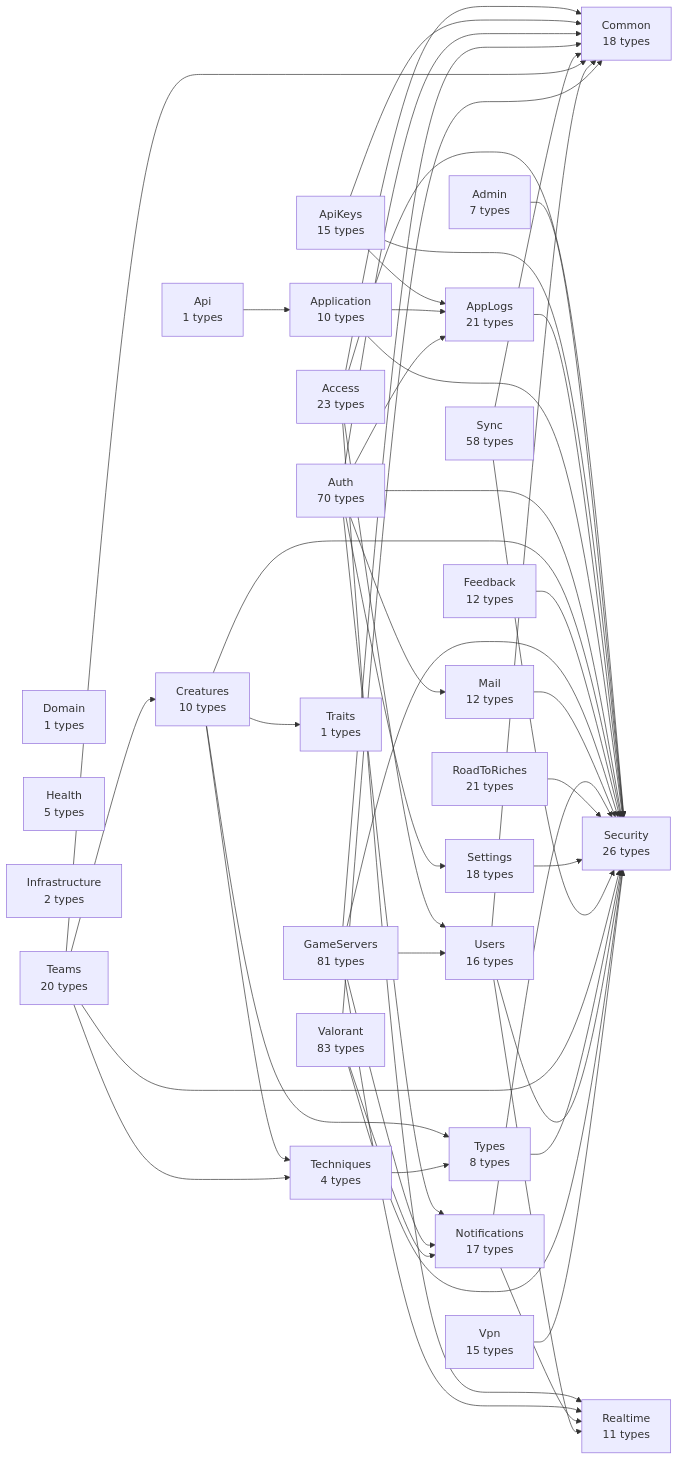
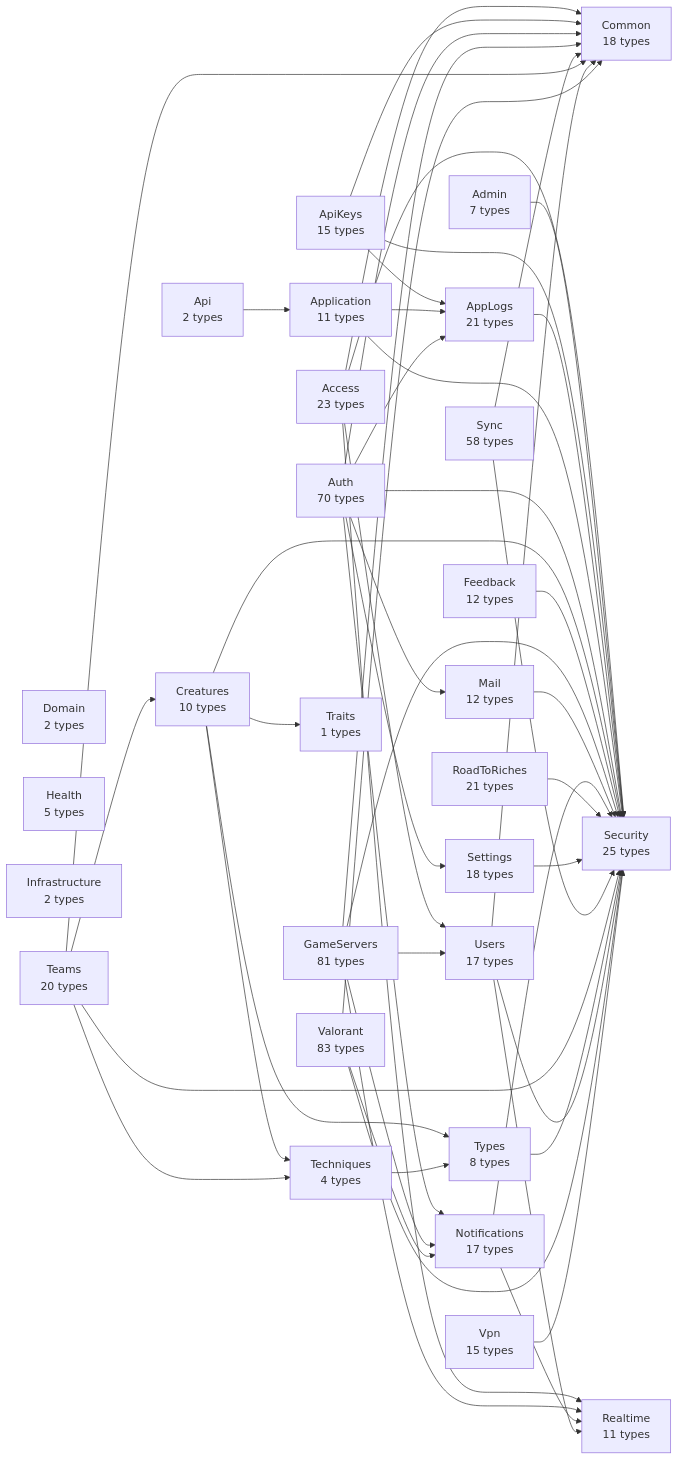
The diagram in api/docs/diagrams/00-modules.md (huiitre/Tools-app), drawn with Mermaid before and after one commit. The commit also changed 43 other files, not shown here.

````diff
--- a/api/docs/diagrams/00-modules.md
+++ b/api/docs/diagrams/00-modules.md
@@ -5,79 +5,79 @@
 ```mermaid
 flowchart LR
   Access["Access<br/>23 types"]
   Admin["Admin<br/>7 types"]
-  Api["Api<br/>1 types"]
+  Api["Api<br/>2 types"]
   ApiKeys["ApiKeys<br/>15 types"]
   AppLogs["AppLogs<br/>21 types"]
-  Application["Application<br/>10 types"]
+  Application["Application<br/>11 types"]
   Auth["Auth<br/>70 types"]
   Common["Common<br/>18 types"]
   Creatures["Creatures<br/>10 types"]
-  Domain["Domain<br/>1 types"]
+  Domain["Domain<br/>2 types"]
   Feedback["Feedback<br/>12 types"]
   GameServers["GameServers<br/>81 types"]
   Health["Health<br/>5 types"]
   Infrastructure["Infrastructure<br/>2 types"]
   Mail["Mail<br/>12 types"]
   Notifications["Notifications<br/>17 types"]
   Realtime["Realtime<br/>11 types"]
   RoadToRiches["RoadToRiches<br/>21 types"]
-  Security["Security<br/>26 types"]
+  Security["Security<br/>25 types"]
   Settings["Settings<br/>18 types"]
   Sync["Sync<br/>58 types"]
   Teams["Teams<br/>20 types"]
   Techniques["Techniques<br/>4 types"]
   Traits["Traits<br/>1 types"]
   Types["Types<br/>8 types"]
-  Users["Users<br/>16 types"]
+  Users["Users<br/>17 types"]
   Valorant["Valorant<br/>83 types"]
   Vpn["Vpn<br/>15 types"]
   Access --> Common
   Access --> Realtime
   Access --> Security
   Access --> Users
   Admin --> Security
   Api --> Application
   ApiKeys --> AppLogs
   ApiKeys --> Common
   ApiKeys --> Security
   AppLogs --> Security
   Application --> AppLogs
   Application --> Security
   Auth --> AppLogs
   Auth --> Common
   Auth --> Mail
   Auth --> Notifications
   Auth --> Security
   Auth --> Settings
   Creatures --> Security
   Creatures --> Techniques
   Creatures --> Traits
   Creatures --> Types
   Feedback --> Security
   GameServers --> Common
   GameServers --> Notifications
   GameServers --> Realtime
   GameServers --> Security
   GameServers --> Users
   Mail --> Security
   Notifications --> Realtime
   Notifications --> Security
   RoadToRiches --> Security
   Settings --> Security
   Sync --> Common
   Sync --> Security
   Teams --> Common
   Teams --> Creatures
   Teams --> Security
   Teams --> Techniques
   Techniques --> Types
   Types --> Security
   Users --> Common
   Users --> Realtime
   Users --> Security
   Valorant --> Common
   Valorant --> Notifications
   Valorant --> Security
   Vpn --> Security
 ```
````
